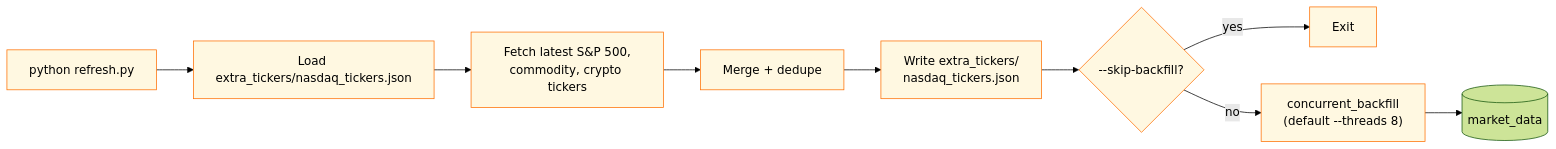
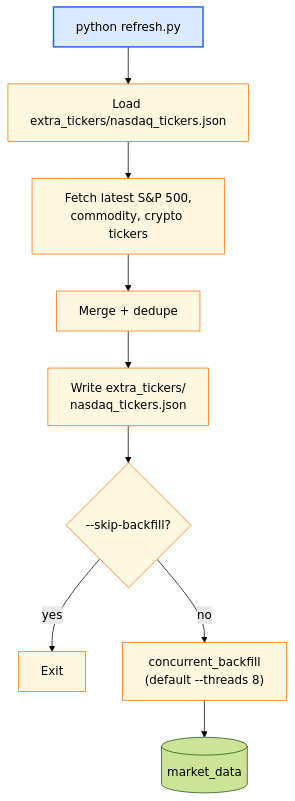
The fourth of 6 diagrams in docs/workflows/data-pipeline.md (MUNQuantSociety/MQSMaster), drawn with Mermaid (forest theme) before and after one commit. The commit also changed other lines of this file and 12 other files, not shown here.

Commit message:
docs: make workflow diagrams top-down hierarchies

````diff
--- a/docs/workflows/data-pipeline.md
+++ b/docs/workflows/data-pipeline.md
@@ -143,14 +139,15 @@
 ```mermaid
-flowchart LR
+flowchart TD
     R["python refresh.py"] --> LOAD["Load extra_tickers/nasdaq_tickers.json"]
     LOAD --> FETCH["Fetch latest S&P 500,<br/>commodity, crypto tickers"]
     FETCH --> MERGE["Merge + dedupe"]
     MERGE --> WRITE["Write extra_tickers/<br/>nasdaq_tickers.json"]
     WRITE --> DECIDE{--skip-backfill?}
     DECIDE -->|"yes"| END["Exit"]
     DECIDE -->|"no"| BF["concurrent_backfill<br/>(default --threads 8)"]
     BF --> DB[(market_data)]
 
     classDef refresh fill:#fff8e1,stroke:#ff6f00
     class R,LOAD,FETCH,MERGE,WRITE,DECIDE,BF,END refresh
+    style R fill:#dbeafe,stroke:#2563eb,stroke-width:2px
 ```
````
